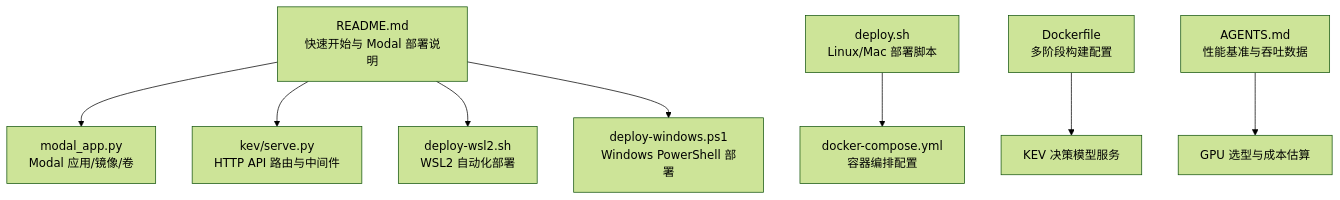
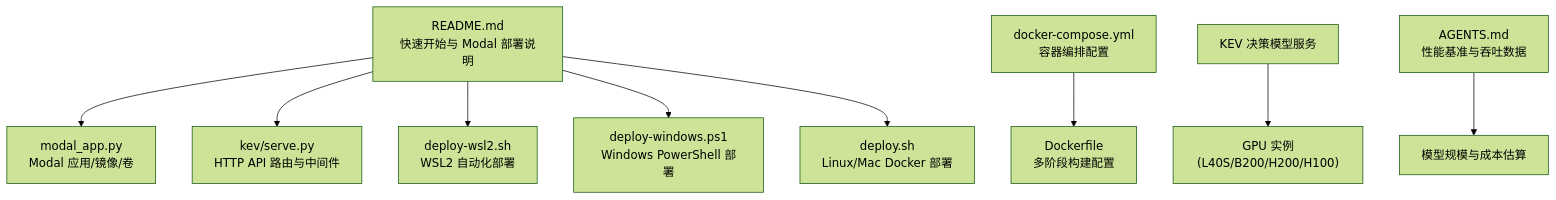
One commit to joezxh/kev changed the first of 9 diagrams in .qoder/repowiki/zh/content/部署指南/部署指南.md. Above: the diagram before and after it, drawn with Mermaid (forest theme). The commit also changed other lines of this file and 100 other files, not shown here.

````diff
--- a/.qoder/repowiki/zh/content/部署指南/部署指南.md
+++ b/.qoder/repowiki/zh/content/部署指南/部署指南.md
@@ -57,10 +62,11 @@
 ```mermaid
 graph TB
 A["README.md<br/>快速开始与 Modal 部署说明"] --> B["modal_app.py<br/>Modal 应用/镜像/卷"]
 A --> C["kev/serve.py<br/>HTTP API 路由与中间件"]
 A --> D["deploy-wsl2.sh<br/>WSL2 自动化部署"]
 A --> E["deploy-windows.ps1<br/>Windows PowerShell 部署"]
-F["deploy.sh<br/>Linux/Mac 部署脚本"] --> G["docker-compose.yml<br/>容器编排配置"]
-H["Dockerfile<br/>多阶段构建配置"] --> I["KEV 决策模型服务"]
-J["AGENTS.md<br/>性能基准与吞吐数据"] --> K["GPU 选型与成本估算"]
+A --> F["deploy.sh<br/>Linux/Mac Docker 部署"]
+G["docker-compose.yml<br/>容器编排配置"] --> H["Dockerfile<br/>多阶段构建配置"]
+I["KEV 决策模型服务"] --> J["GPU 实例(L40S/B200/H200/H100)"]
+K["AGENTS.md<br/>性能基准与吞吐数据"] --> L["模型规模与成本估算"]
 ```
````
